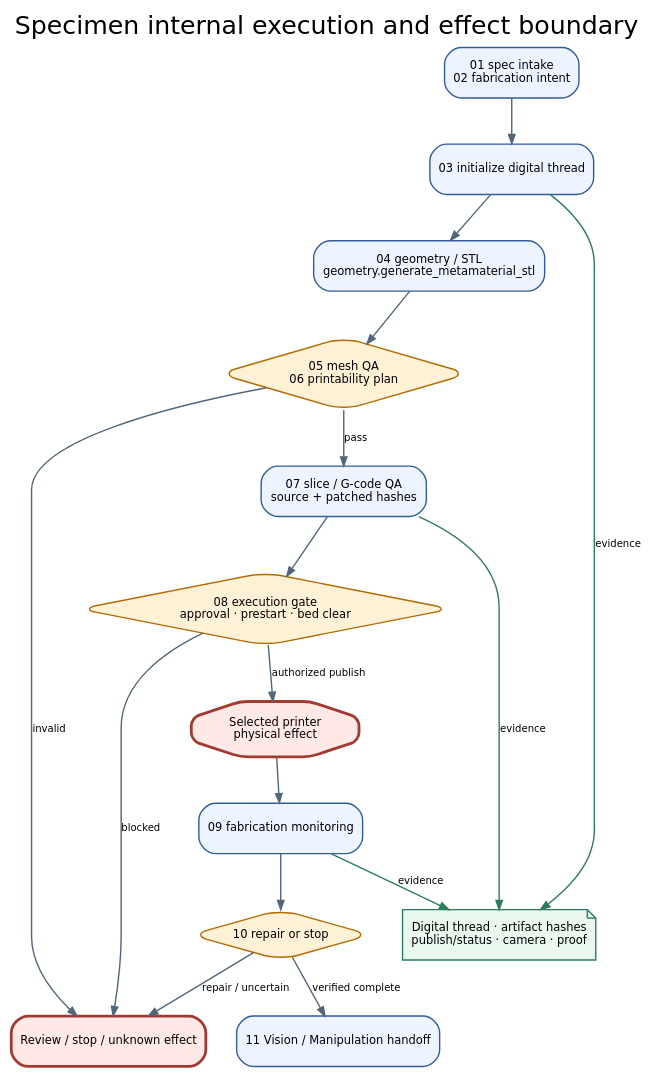
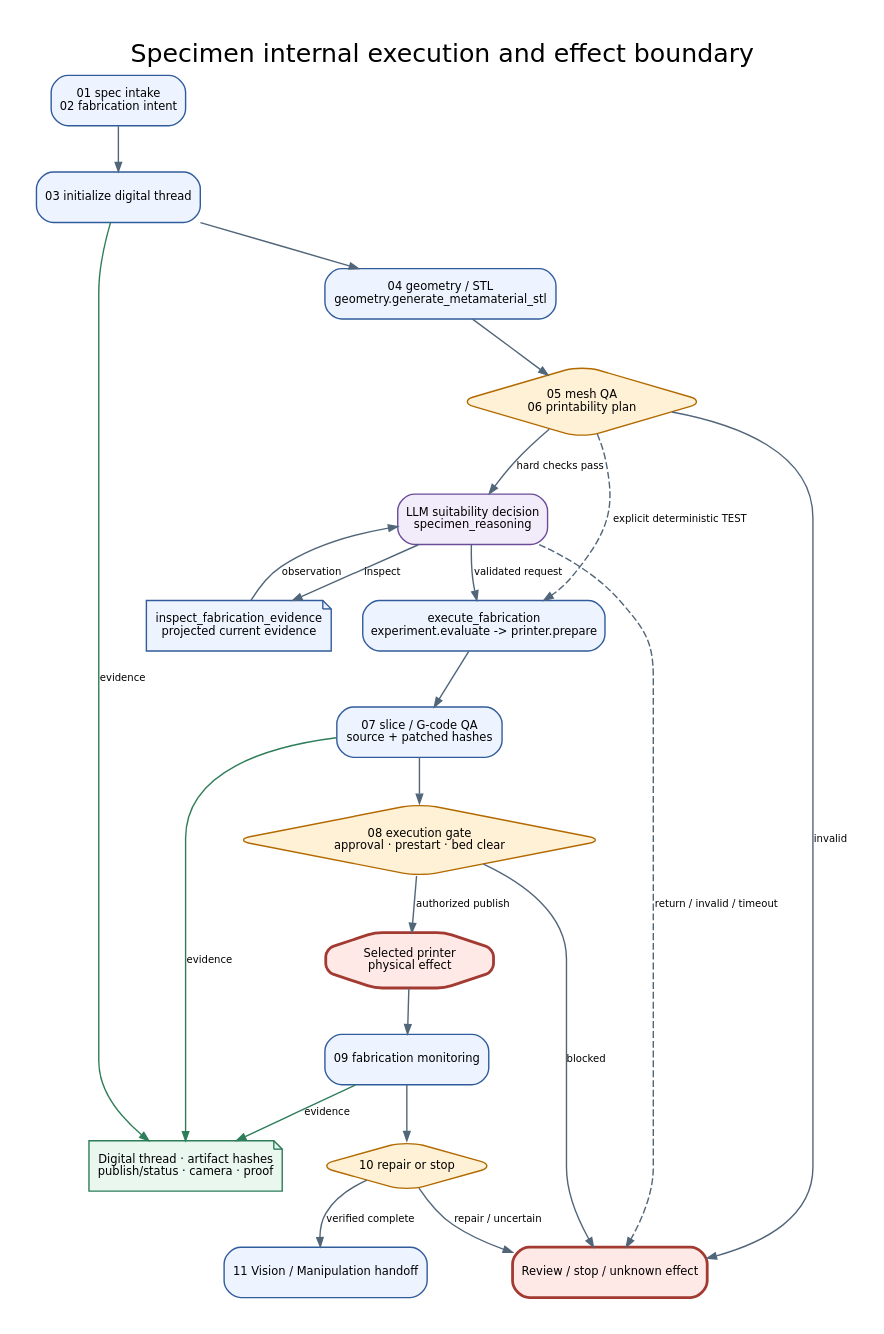
The diagram in docs/agents/assets/figures/specimen_02_execution_effect_boundary.dot (JIN9811/autonomous_researcher), drawn with Graphviz before and after one commit. The commit also changed 21 other files, not shown here.

Commit message:
feat(specimen): add bounded fabrication decision and tool dispatch

```diff
--- a/docs/agents/assets/figures/specimen_02_execution_effect_boundary.dot
+++ b/docs/agents/assets/figures/specimen_02_execution_effect_boundary.dot
@@ -1,29 +1,38 @@
 digraph specimen_execution_effect_boundary {
-  graph [rankdir=TB, bgcolor="transparent", pad="0.25", nodesep="0.30", ranksep="0.44", fontname="DejaVu Sans", label="Specimen internal execution and effect boundary", labelloc="t", fontsize=18];
+  graph [rankdir=TB, bgcolor="white", pad="0.25", nodesep="0.30", ranksep="0.44", fontname="DejaVu Sans", label="Specimen internal execution and effect boundary", labelloc="t", fontsize=18];
   node [shape=box, style="rounded,filled", fillcolor="#EEF4FF", color="#315C9B", fontname="DejaVu Sans", fontsize=8.2, margin="0.09,0.06"];
   edge [color="#52667A", fontname="DejaVu Sans", fontsize=7.2, arrowsize=0.65];
   intake [label="01 spec intake\n02 fabrication intent"];
   thread [label="03 initialize digital thread"];
   geometry [label="04 geometry / STL\ngeometry.generate_metamaterial_stl"];
   qa [label="05 mesh QA\n06 printability plan", shape=diamond, fillcolor="#FFF1D6", color="#B26A00"];
+  llm [label="LLM suitability decision\nspecimen_reasoning", fillcolor="#F2ECFA", color="#6B4C9A"];
+  inspect [label="inspect_fabrication_evidence\nprojected current evidence", shape=note];
+  evaluate [label="execute_fabrication\nexperiment.evaluate -> printer.prepare"];
   slice [label="07 slice / G-code QA\nsource + patched hashes"];
   gate [label="08 execution gate\napproval · prestart · bed clear", shape=diamond, fillcolor="#FFF1D6", color="#B26A00"];
   printer [label="Selected printer\nphysical effect", shape=octagon, fillcolor="#FFE9E7", color="#A33A32", penwidth=2];
   monitor [label="09 fabrication monitoring"];
   decision [label="10 repair or stop", shape=diamond, fillcolor="#FFF1D6", color="#B26A00"];
   handoff [label="11 Vision / Manipulation handoff"];
   evidence [label="Digital thread · artifact hashes\npublish/status · camera · proof", shape=note, fillcolor="#E9F7EF", color="#2E7D59"];
   review [label="Review / stop / unknown effect", fillcolor="#FFE9E7", color="#A33A32", penwidth=2];
   intake -> thread -> geometry -> qa;
-  qa -> slice [label="pass"];
+  qa -> llm [label="hard checks pass"];
+  llm -> inspect [label="inspect"];
+  inspect -> llm [label="observation"];
+  llm -> evaluate [label="validated request"];
+  llm -> review [style=dashed, label="return / invalid / timeout"];
+  qa -> evaluate [style=dashed, label="explicit deterministic TEST"];
+  evaluate -> slice;
   qa -> review [label="invalid"];
   slice -> gate;
   gate -> printer [label="authorized publish"];
   gate -> review [label="blocked"];
   printer -> monitor -> decision;
   decision -> handoff [label="verified complete"];
   decision -> review [label="repair / uncertain"];
   thread -> evidence [label="evidence", color="#2E7D59"];
   slice -> evidence [label="evidence", color="#2E7D59"];
   monitor -> evidence [label="evidence", color="#2E7D59"];
 }
```
